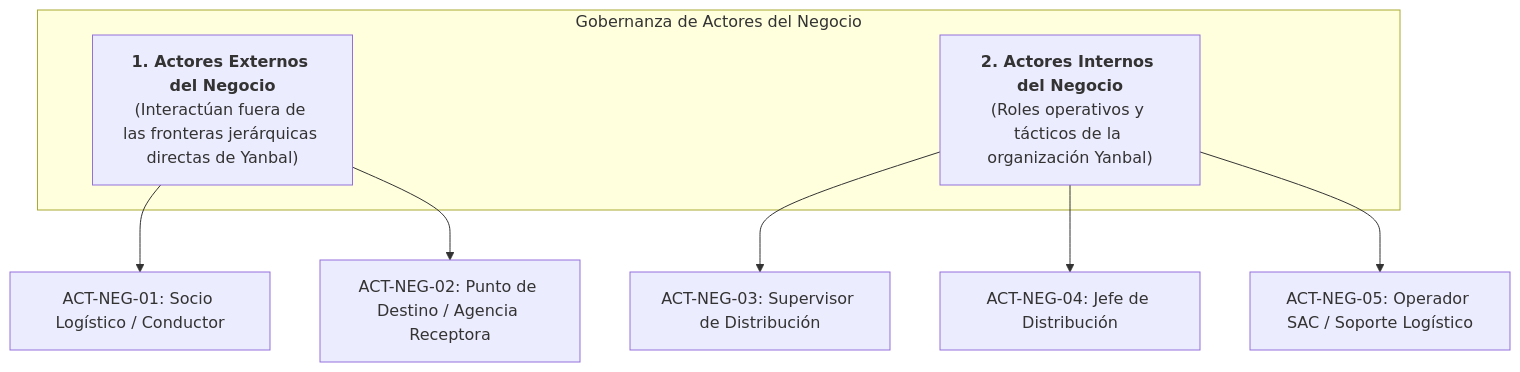
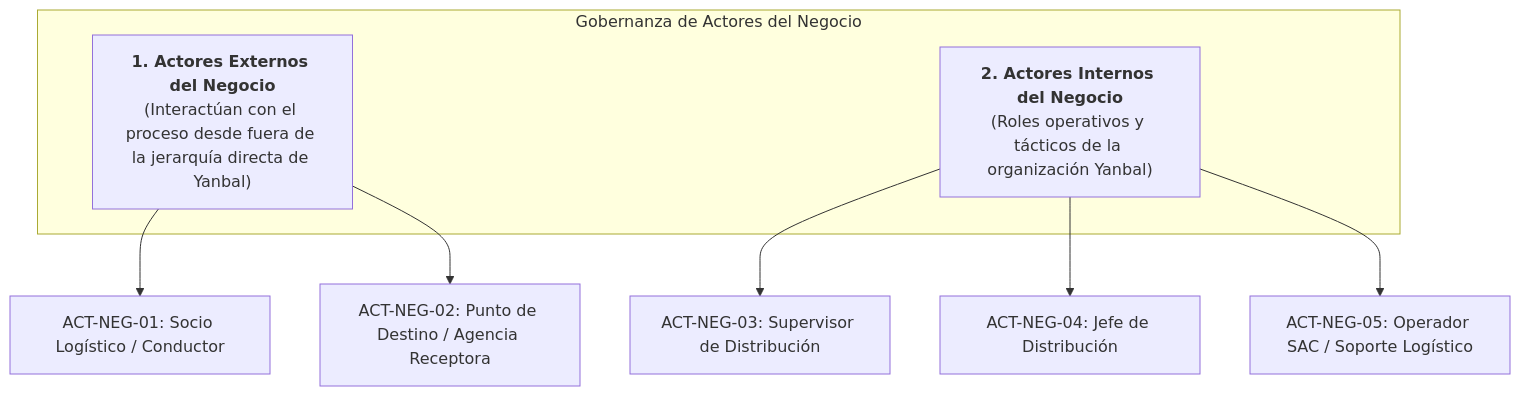
Before and after one commit to SaraviaH/arq-emp: the diagram in Diagrama de Casos de Uso del Negocio (CUN)/01_ACTORES_DEL_NEGOCIO.md, drawn with Mermaid. The commit also changed other lines of this file and 49 other files, not shown here.

````diff
--- a/Diagrama de Casos de Uso del Negocio (CUN)/01_ACTORES_DEL_NEGOCIO.md
+++ b/Diagrama de Casos de Uso del Negocio (CUN)/01_ACTORES_DEL_NEGOCIO.md
@@ -21,13 +20,13 @@
 ```mermaid
 graph TD
     subgraph CLASIFICACION_ACTORES ["Gobernanza de Actores del Negocio"]
-        EXT["<b>1. Actores Externos del Negocio</b><br/>(Interactúan fuera de las fronteras jerárquicas directas de Yanbal)"]
+        EXT["<b>1. Actores Externos del Negocio</b><br/>(Interactúan con el proceso desde fuera de la jerarquía directa de Yanbal)"]
         INT["<b>2. Actores Internos del Negocio</b><br/>(Roles operativos y tácticos de la organización Yanbal)"]
     end
 
     EXT --> A1["ACT-NEG-01: Socio Logístico / Conductor"]
     EXT --> A2["ACT-NEG-02: Punto de Destino / Agencia Receptora"]
     INT --> A3["ACT-NEG-03: Supervisor de Distribución"]
     INT --> A4["ACT-NEG-04: Jefe de Distribución"]
     INT --> A5["ACT-NEG-05: Operador SAC / Soporte Logístico"]
 ```
````
